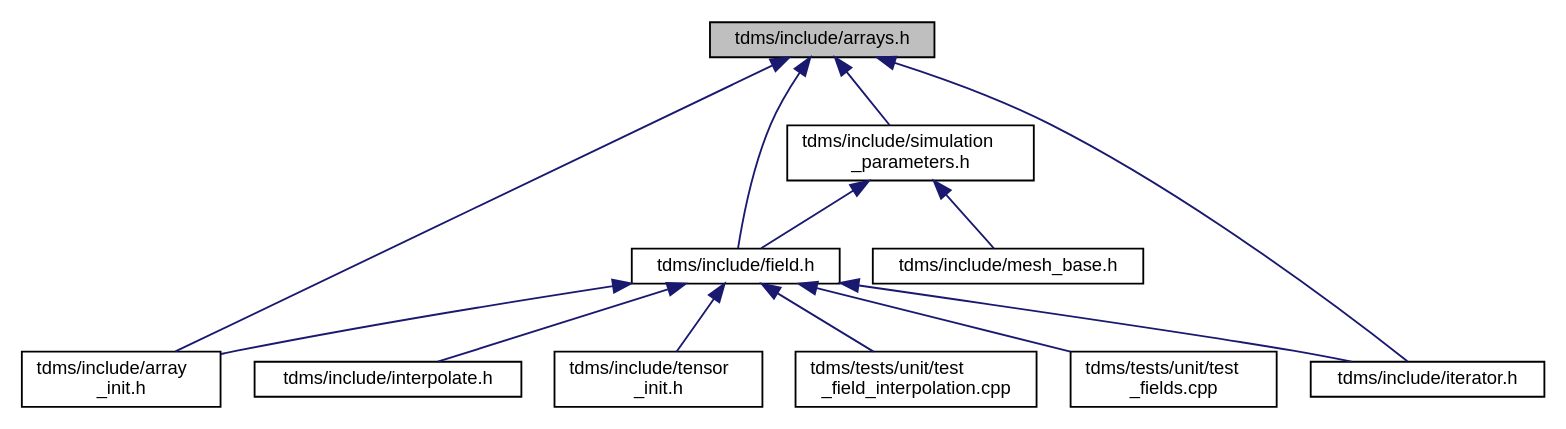
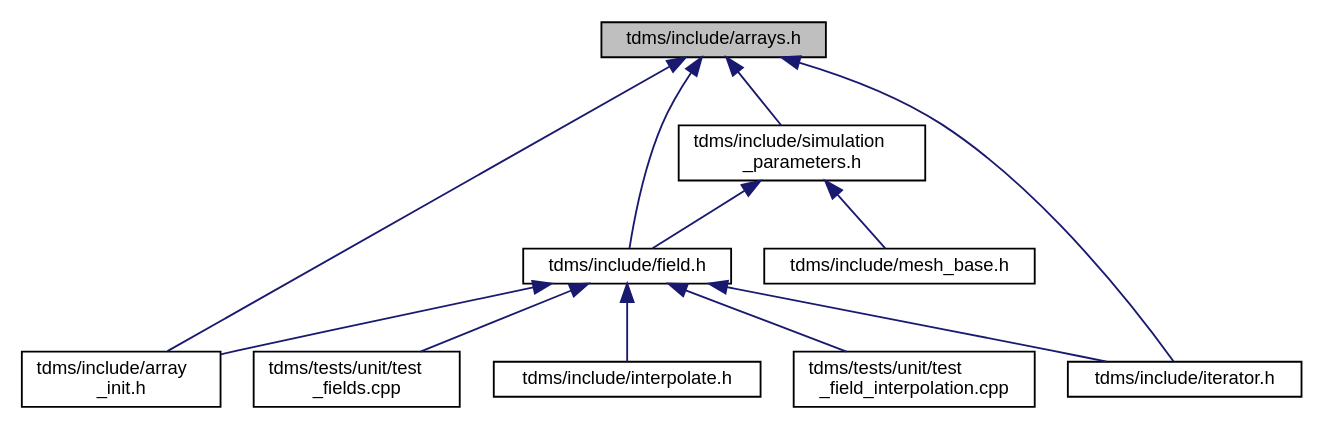
Before and after one commit to UCL/TDMS: the diagram in arrays_8h__dep__incl.dot, drawn with Graphviz. The commit also changed 74 other files, not shown here.

```diff
--- a/arrays_8h__dep__incl.dot
+++ b/arrays_8h__dep__incl.dot
@@ -1,28 +1,26 @@
 digraph "tdms/include/arrays.h"
 {
  // LATEX_PDF_SIZE
   edge [fontname="Helvetica",fontsize="10",labelfontname="Helvetica",labelfontsize="10"];
   node [fontname="Helvetica",fontsize="10",shape=record];
   Node1 [label="tdms/include/arrays.h",height=0.2,width=0.4,color="black", fillcolor="grey75", style="filled", fontcolor="black",tooltip="Classes describing arrays, vertices etc."];
   Node1 -> Node2 [dir="back",color="midnightblue",fontsize="10",style="solid",fontname="Helvetica"];
   Node2 [label="tdms/include/array\l_init.h",height=0.2,width=0.4,color="black", fillcolor="white", style="filled",URL="$array__init_8h.html",tooltip="A collection of functions for array initialisation given MATLAB pointers."];
   Node1 -> Node3 [dir="back",color="midnightblue",fontsize="10",style="solid",fontname="Helvetica"];
   Node3 [label="tdms/include/field.h",height=0.2,width=0.4,color="black", fillcolor="white", style="filled",URL="$field_8h.html",tooltip="Classes for the electric and magnetic (split) fields on a grid."];
   Node3 -> Node2 [dir="back",color="midnightblue",fontsize="10",style="solid",fontname="Helvetica"];
   Node3 -> Node4 [dir="back",color="midnightblue",fontsize="10",style="solid",fontname="Helvetica"];
   Node4 [label="tdms/include/interpolate.h",height=0.2,width=0.4,color="black", fillcolor="white", style="filled",URL="$interpolate_8h.html",tooltip="Interpolation of field values within FDTD grid."];
   Node3 -> Node5 [dir="back",color="midnightblue",fontsize="10",style="solid",fontname="Helvetica"];
   Node5 [label="tdms/include/iterator.h",height=0.2,width=0.4,color="black", fillcolor="white", style="filled",URL="$iterator_8h.html",tooltip="The main time propogation algorithm."];
   Node3 -> Node6 [dir="back",color="midnightblue",fontsize="10",style="solid",fontname="Helvetica"];
-  Node6 [label="tdms/include/tensor\l_init.h",height=0.2,width=0.4,color="black", fillcolor="white", style="filled",URL="$tensor__init_8h_source.html",tooltip=" "];
+  Node6 [label="tdms/tests/unit/test\l_field_interpolation.cpp",height=0.2,width=0.4,color="black", fillcolor="white", style="filled",URL="$test__field__interpolation_8cpp.html",tooltip="Tests interpolation of E- and H-fields and compares the errors against MATLAB benchmarks."];
   Node3 -> Node7 [dir="back",color="midnightblue",fontsize="10",style="solid",fontname="Helvetica"];
-  Node7 [label="tdms/tests/unit/test\l_field_interpolation.cpp",height=0.2,width=0.4,color="black", fillcolor="white", style="filled",URL="$test__field__interpolation_8cpp.html",tooltip="Tests interpolation of E- and H-fields and compares the errors against MATLAB benchmarks."];
-  Node3 -> Node8 [dir="back",color="midnightblue",fontsize="10",style="solid",fontname="Helvetica"];
-  Node8 [label="tdms/tests/unit/test\l_fields.cpp",height=0.2,width=0.4,color="black", fillcolor="white", style="filled",URL="$test__fields_8cpp.html",tooltip="Test of the Field class and subclasses."];
-  Node1 -> Node9 [dir="back",color="midnightblue",fontsize="10",style="solid",fontname="Helvetica"];
-  Node9 [label="tdms/include/simulation\l_parameters.h",height=0.2,width=0.4,color="black", fillcolor="white", style="filled",URL="$simulation__parameters_8h.html",tooltip="Classes collecting parameters for the simulation."];
-  Node9 -> Node3 [dir="back",color="midnightblue",fontsize="10",style="solid",fontname="Helvetica"];
-  Node9 -> Node10 [dir="back",color="midnightblue",fontsize="10",style="solid",fontname="Helvetica"];
-  Node10 [label="tdms/include/mesh_base.h",height=0.2,width=0.4,color="black", fillcolor="white", style="filled",URL="$mesh__base_8h.html",tooltip="TODO: what are these functions?"];
+  Node7 [label="tdms/tests/unit/test\l_fields.cpp",height=0.2,width=0.4,color="black", fillcolor="white", style="filled",URL="$test__fields_8cpp.html",tooltip="Test of the Field class and subclasses."];
+  Node1 -> Node8 [dir="back",color="midnightblue",fontsize="10",style="solid",fontname="Helvetica"];
+  Node8 [label="tdms/include/simulation\l_parameters.h",height=0.2,width=0.4,color="black", fillcolor="white", style="filled",URL="$simulation__parameters_8h.html",tooltip="Classes collecting parameters for the simulation."];
+  Node8 -> Node3 [dir="back",color="midnightblue",fontsize="10",style="solid",fontname="Helvetica"];
+  Node8 -> Node9 [dir="back",color="midnightblue",fontsize="10",style="solid",fontname="Helvetica"];
+  Node9 [label="tdms/include/mesh_base.h",height=0.2,width=0.4,color="black", fillcolor="white", style="filled",URL="$mesh__base_8h.html",tooltip="TODO: what are these functions?"];
   Node1 -> Node5 [dir="back",color="midnightblue",fontsize="10",style="solid",fontname="Helvetica"];
 }
```
